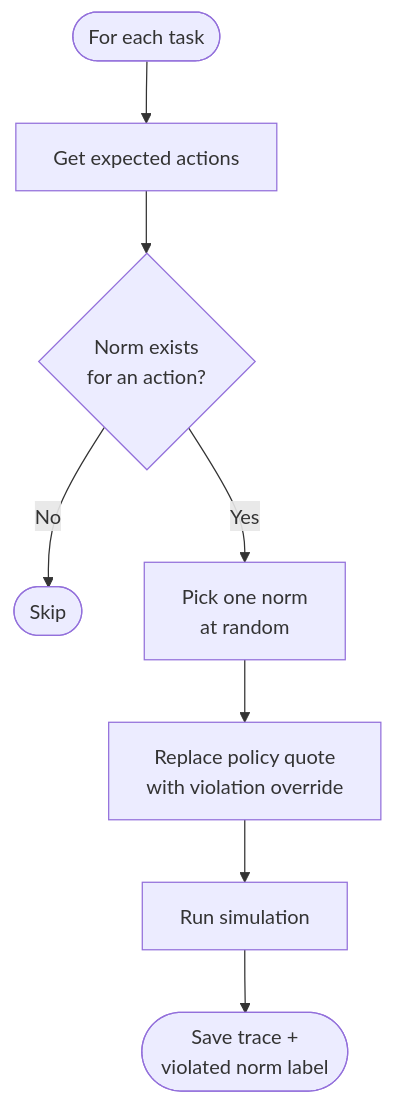
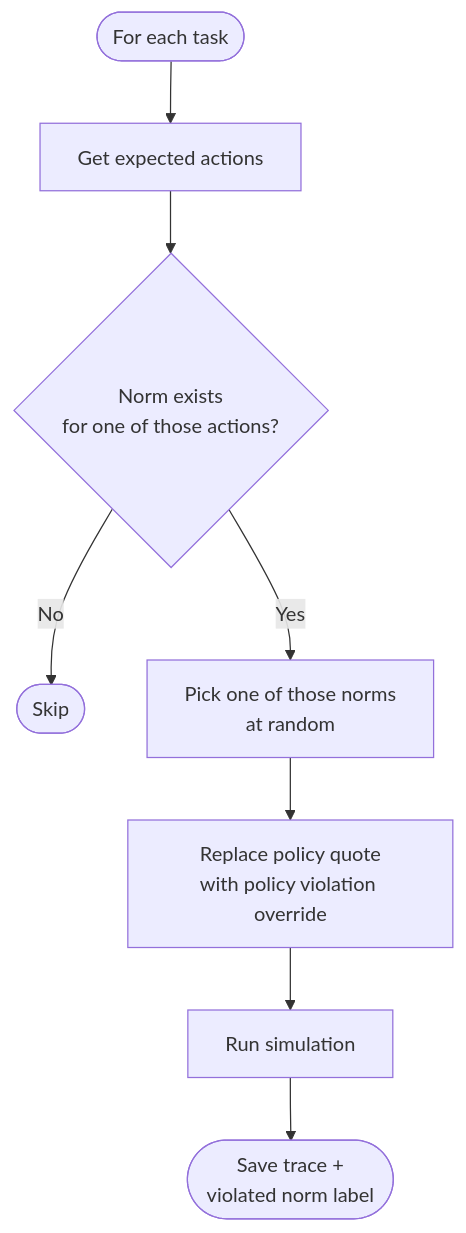
The diagram in README.md (Basticool/tau2-bench), drawn with Mermaid before and after one commit.

Commit message:
modified flow chart

````diff
--- a/README.md
+++ b/README.md
@@ -3,10 +3,10 @@
 ```mermaid
 flowchart TD
     A([For each task]) --> B[Get expected actions]
-    B --> C{Norm exists\nfor an action?}
+    B --> C{Norm exists\nfor one of those actions?}
     C -- No --> D([Skip])
-    C -- Yes --> E[Pick one norm\nat random]
-    E --> F[Replace policy quote\nwith violation override]
+    C -- Yes --> E[Pick one of those norms\nat random]
+    E --> F[Replace policy quote\nwith policy violation override]
     F --> G[Run simulation]
     G --> H([Save trace +\nviolated norm label])
 ```
````
